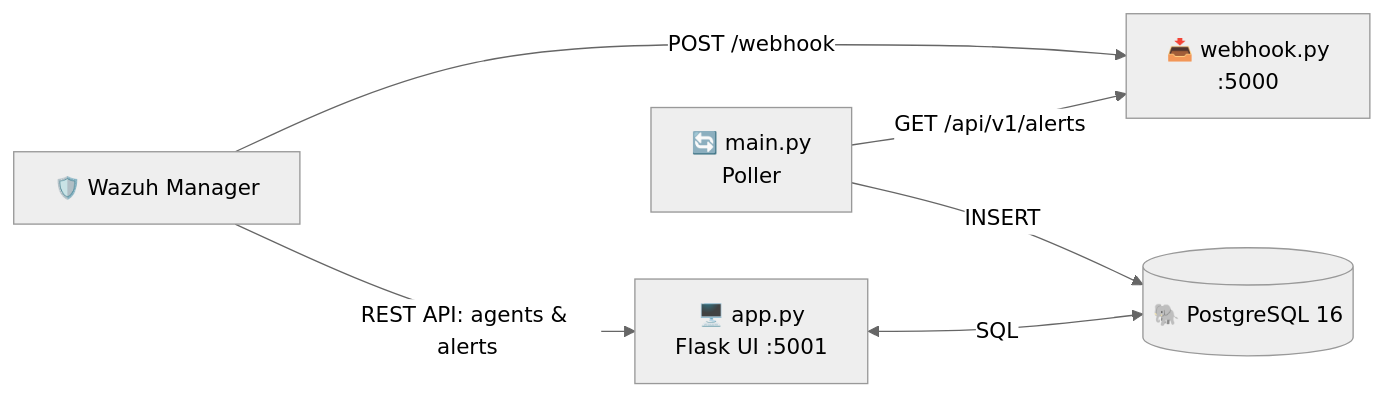
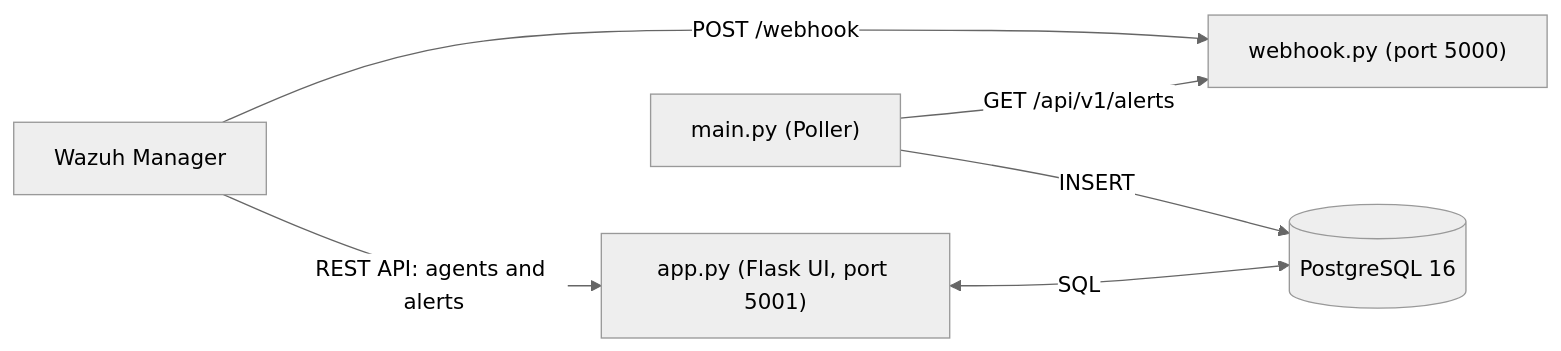
Before and after one commit to naveen-kumar-2k5/ZERO: the first of 2 diagrams in README.md, drawn with Mermaid (neutral theme). The commit also changed other lines of this file, not shown here.

````diff
--- a/README.md
+++ b/README.md
@@ -60,14 +60,14 @@
 ```mermaid
 flowchart LR
-    W[🛡️ Wazuh Manager]
-    H[📥 webhook.py<br/>:5000]
-    P[🔄 main.py<br/>Poller]
-    D[(🐘 PostgreSQL 16)]
-    A[🖥️ app.py<br/>Flask UI :5001]
+    W["Wazuh Manager"]
+    H["webhook.py (port 5000)"]
+    P["main.py (Poller)"]
+    D[("PostgreSQL 16")]
+    A["app.py (Flask UI, port 5001)"]
 
-    W -- "POST /webhook" --> H
-    P -- "GET /api/v1/alerts" --> H
-    P -- "INSERT" --> D
-    A <-- "SQL" --> D
-    W -- "REST API: agents & alerts" --> A
+    W -->|"POST /webhook"| H
+    P -->|"GET /api/v1/alerts"| H
+    P -->|"INSERT"| D
+    A <-->|"SQL"| D
+    W -->|"REST API: agents and alerts"| A
 ```
````
